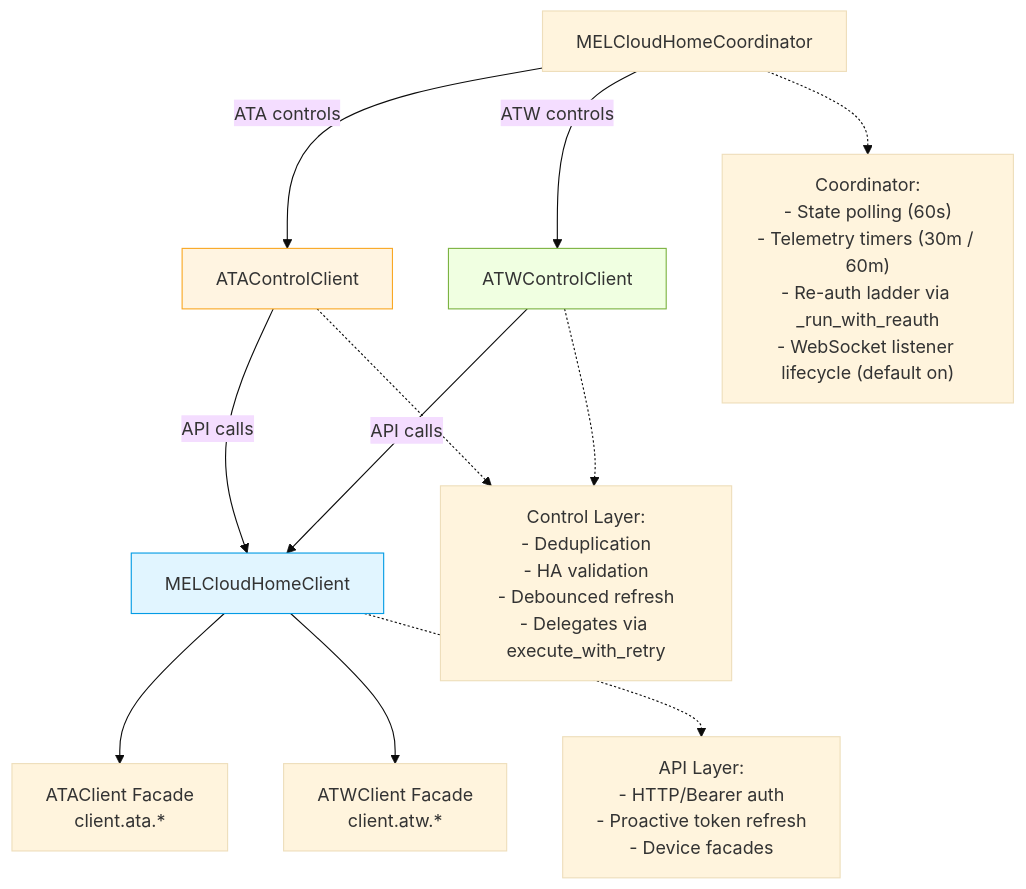
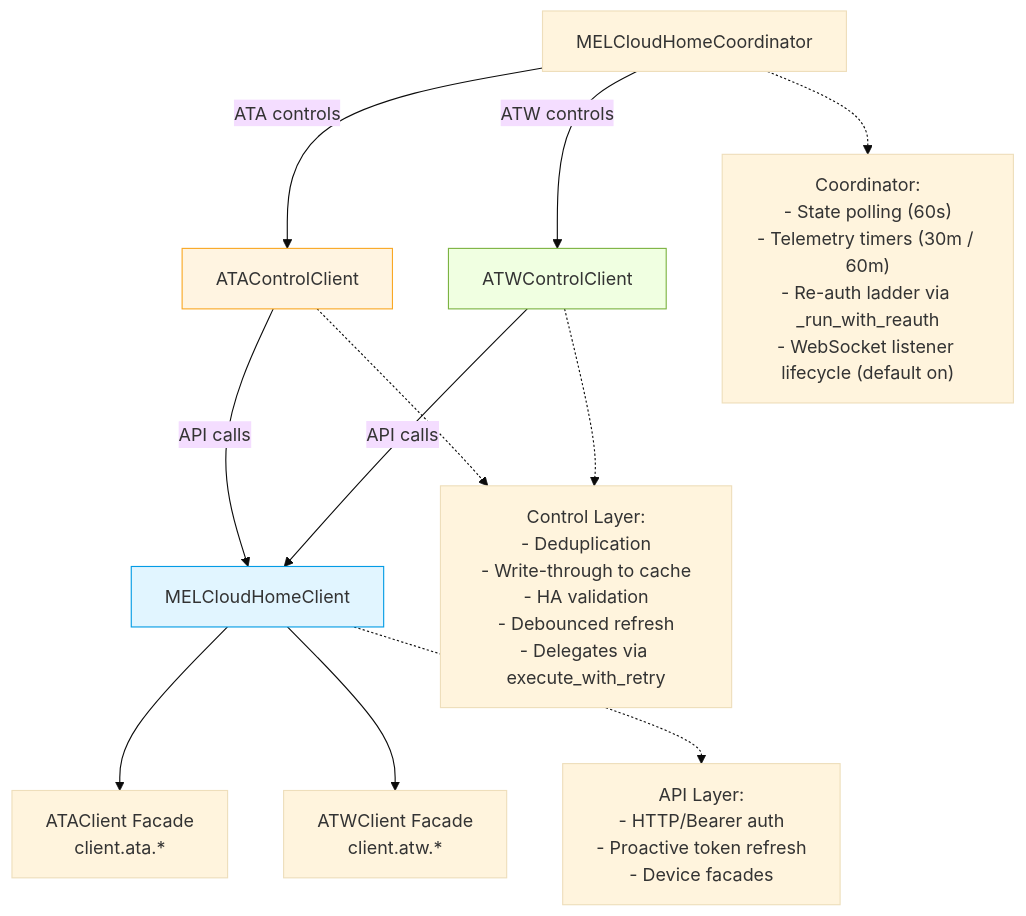
One commit to andrew-blake/melcloudhome changed the third of 6 diagrams in docs/architecture.md. Above: the diagram before and after it, drawn with Mermaid (base theme). The commit also changed other lines of this file and 3 other files, not shown here.

First line of the commit message:
docs(adr): record the write-through control cache (ADR-026)

````diff
--- a/docs/architecture.md
+++ b/docs/architecture.md
@@ -370,29 +373,29 @@
 ```mermaid
 graph TD
     Coordinator[MELCloudHomeCoordinator]
     ControlATA[ATAControlClient]
     ControlATW[ATWControlClient]
     APIClient[MELCloudHomeClient]
     ATAAPI[ATAClient Facade<br/>client.ata.*]
     ATWAPI[ATWClient Facade<br/>client.atw.*]
 
     Coordinator -->|ATA controls| ControlATA
     Coordinator -->|ATW controls| ControlATW
     ControlATA -->|API calls| APIClient
     ControlATW -->|API calls| APIClient
     APIClient --> ATAAPI
     APIClient --> ATWAPI
 
     style ControlATA fill:#fff4e1,stroke:#f9a825
     style ControlATW fill:#f0ffe1,stroke:#7cb342
     style APIClient fill:#e1f5ff,stroke:#039be5
 
     note0["Coordinator:<br/>- State polling (60s)<br/>- Telemetry timers (30m / 60m)<br/>- Re-auth ladder via _run_with_reauth<br/>- WebSocket listener lifecycle (default on)"]
-    note1["Control Layer:<br/>- Deduplication<br/>- HA validation<br/>- Debounced refresh<br/>- Delegates via execute_with_retry"]
+    note1["Control Layer:<br/>- Deduplication<br/>- Write-through to cache<br/>- HA validation<br/>- Debounced refresh<br/>- Delegates via execute_with_retry"]
     note2["API Layer:<br/>- HTTP/Bearer auth<br/>- Proactive token refresh<br/>- Device facades"]
 
     Coordinator -.-> note0
     ControlATA -.-> note1
     ControlATW -.-> note1
     APIClient -.-> note2
 ```
````
